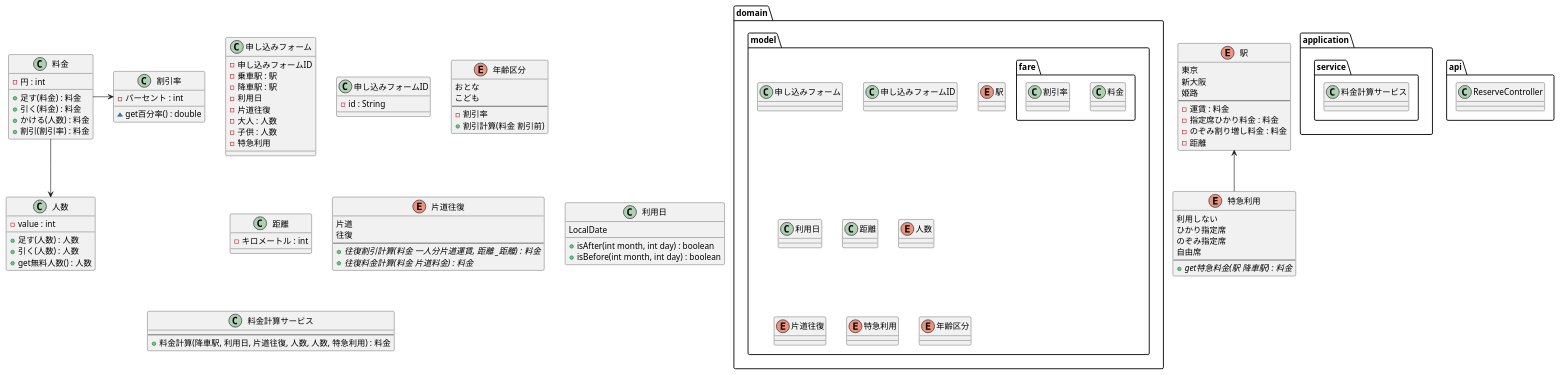
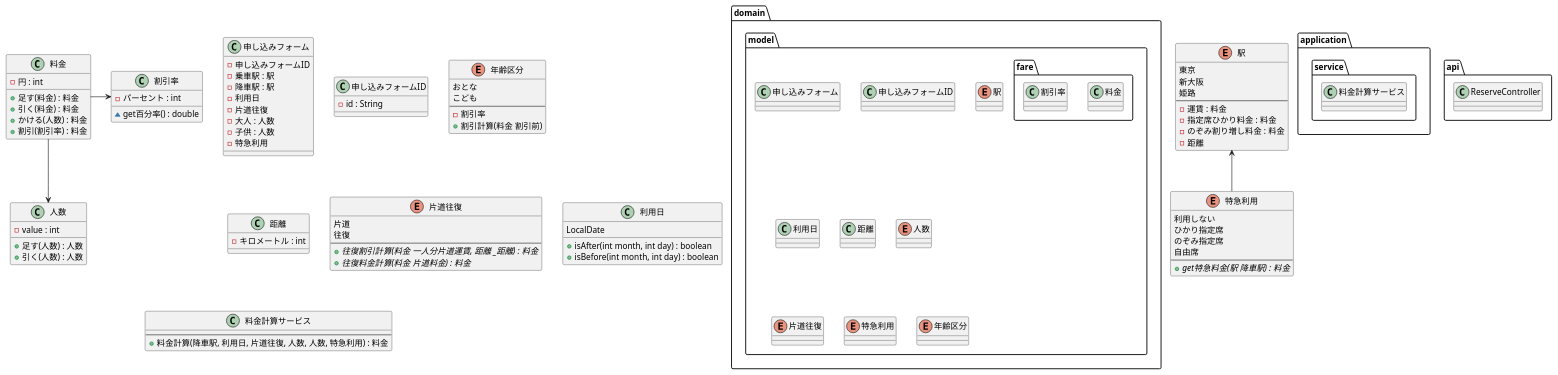
The diagram in uml/class.puml (MiuraKotaro/jr-pricing), drawn with PlantUML before and after one commit. The commit also changed 6 other files, not shown here.

```diff
--- a/uml/class.puml
+++ b/uml/class.puml
@@ -1,117 +1,116 @@
 @startuml
 
 package domain {
     package model {
 
         class 申し込みフォーム
         class 申し込みフォームID
         enum 駅
         package fare {
             class 料金
             class 割引率
         }
         class 利用日
         class 距離
         enum 人数
         enum 片道往復
         enum 特急利用
         enum 年齢区分
     }
 
 }
 
 package application {
     package service {
         class 料金計算サービス
     }
 }
 
 package api {
     class ReserveController
 }
 
 class 申し込みフォーム {
     - 申し込みフォームID
     - 乗車駅 : 駅
     - 降車駅 : 駅
     - 利用日
     - 片道往復
     - 大人 : 人数
     - 子供 : 人数
     - 特急利用
 }
 class 申し込みフォームID {
     - id : String
 }
 enum 駅 {
     東京
     新大阪
     姫路
     --
     - 運賃 : 料金
     - 指定席ひかり料金 : 料金
     - のぞみ割り増し料金 : 料金
     - 距離
 }
 enum 特急利用 {
     利用しない
     ひかり指定席
     のぞみ指定席
     自由席
     --
     + {abstract} get特急料金(駅 降車駅) : 料金
 }
 enum 年齢区分 {
     おとな
     こども
     --
     - 割引率
     + 割引計算(料金 割引前)
 }
 class 料金 {
     - 円 : int
 
     + 足す(料金) : 料金
     + 引く(料金) : 料金
     + かける(人数) : 料金
     + 割引(割引率) : 料金
 }
 class 割引率 {
     - パーセント : int
 
     ~ get百分率() : double
 }
 class 距離 {
     - キロメートル : int
 }
 class 人数 {
     - value : int
 
     + 足す(人数) : 人数
     + 引く(人数) : 人数
-    + get無料人数() : 人数
 }
 enum 片道往復 {
     片道
     往復
     --
     + {abstract} 往復割引計算(料金 一人分片道運賃, 距離 _距離) : 料金
     + {abstract} 往復料金計算(料金 片道料金) : 料金
 }
 class 利用日 {
     LocalDate
 
     + isAfter(int month, int day) : boolean
     + isBefore(int month, int day) : boolean
 }
 
 class 料金計算サービス {
     --
     + 料金計算(降車駅, 利用日, 片道往復, 人数, 人数, 特急利用) : 料金
 }
 
 駅 <-- 特急利用
 料金 --> 人数
 料金 -> 割引率
 
 @enduml
```
